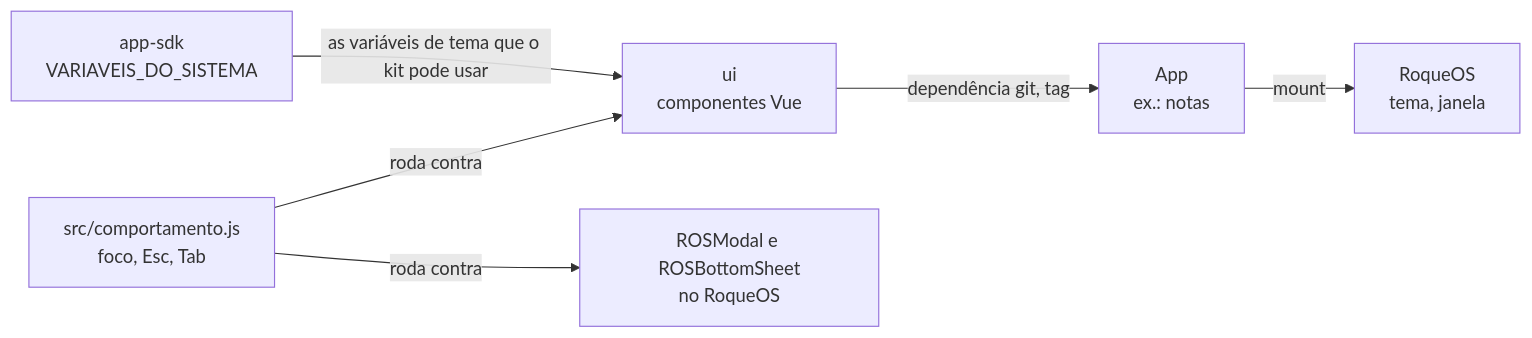
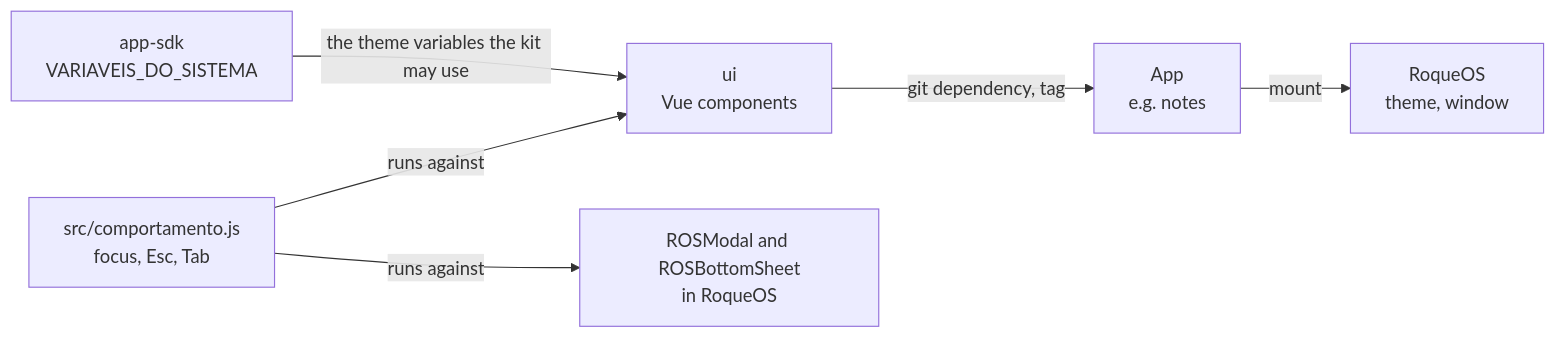
One commit to roqueos-apps/ui changed the diagram in README.md. Above: the diagram before and after it, drawn with Mermaid. The commit also changed other lines of this file and 27 other files, not shown here.

````diff
--- a/README.md
+++ b/README.md
@@ -25,8 +24,8 @@
 ```mermaid
 flowchart LR
-  K[ui<br/>componentes Vue] -->|dependência git, tag| A[App<br/>ex.: notas]
-  S[app-sdk<br/>VARIAVEIS_DO_SISTEMA] -->|as variáveis de tema que o kit pode usar| K
-  A -->|mount| R[RoqueOS<br/>tema, janela]
-  C[src/comportamento.js<br/>foco, Esc, Tab] -->|roda contra| K
-  C -->|roda contra| F[ROSModal e ROSBottomSheet<br/>no RoqueOS]
+  K[ui<br/>Vue components] -->|git dependency, tag| A[App<br/>e.g. notes]
+  S[app-sdk<br/>VARIAVEIS_DO_SISTEMA] -->|the theme variables the kit may use| K
+  A -->|mount| R[RoqueOS<br/>theme, window]
+  C[src/comportamento.js<br/>focus, Esc, Tab] -->|runs against| K
+  C -->|runs against| F[ROSModal and ROSBottomSheet<br/>in RoqueOS]
 ```
````
